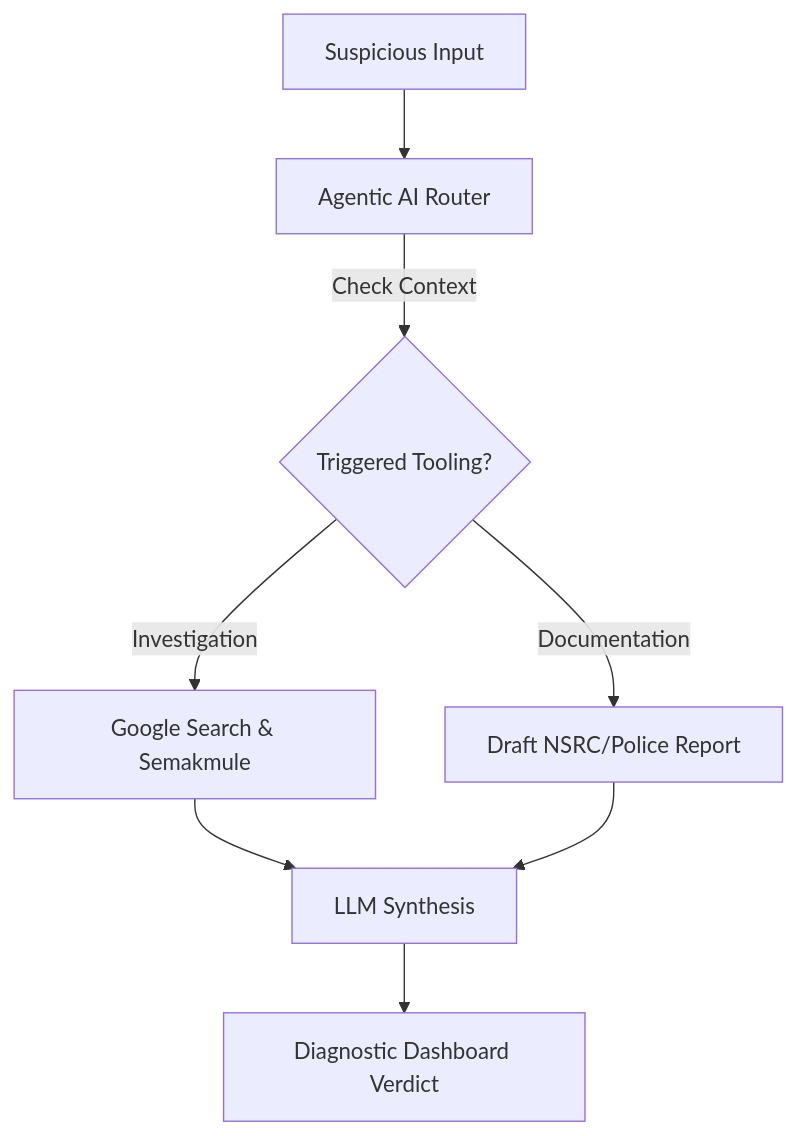
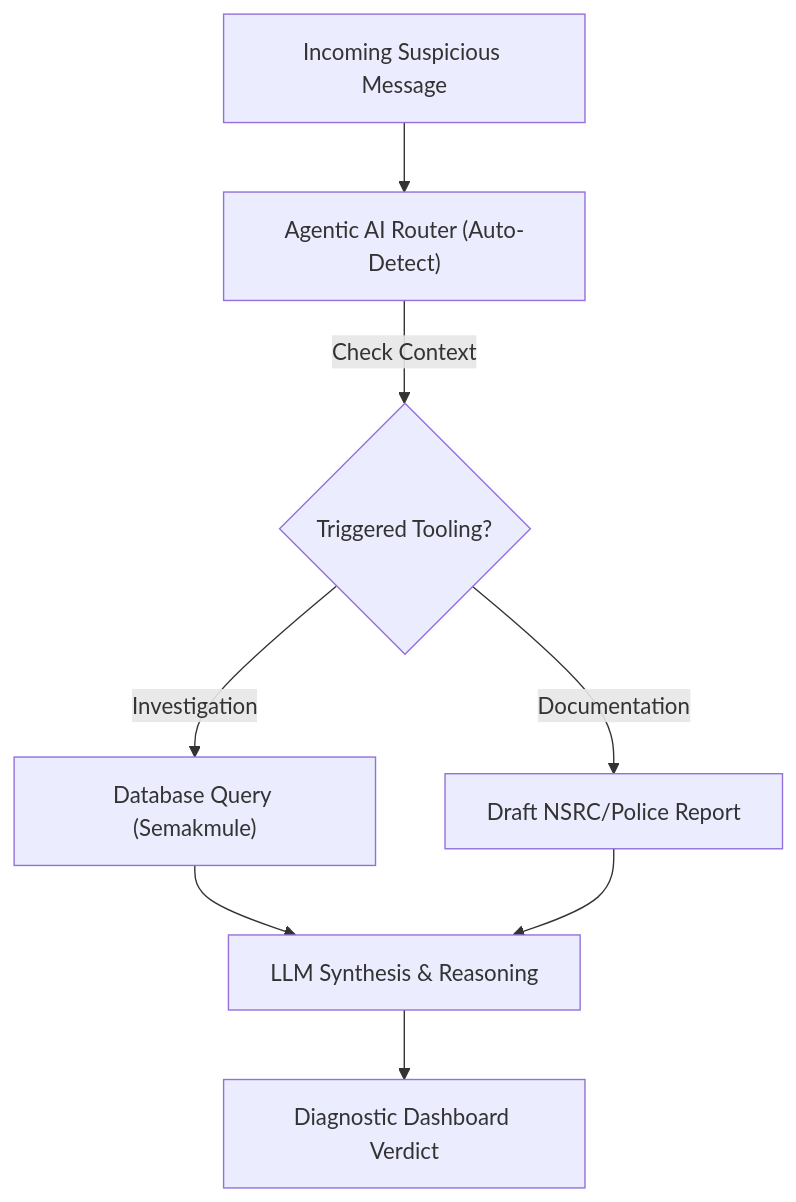
Before and after one commit to Anonys-sky/SoloFraud: the diagram in README.md, drawn with Mermaid. The commit also changed other lines of this file and 1 other file, not shown here.

````diff
--- a/README.md
+++ b/README.md
@@ -36,10 +36,10 @@
 ```mermaid
 graph TD
-    Input["Suspicious Input"] --> Router["Agentic AI Router"]
+    Input["Incoming Suspicious Message"] --> Router["Agentic AI Router (Auto-Detect)"]
     Router -->|Check Context| IQ{Triggered Tooling?}
-    IQ -->|Investigation| Tools["Google Search & Semakmule"]
+    IQ -->|Investigation| Tools["Database Query (Semakmule)"]
     IQ -->|Documentation| Report["Draft NSRC/Police Report"]
-    Tools --> Final["LLM Synthesis"]
+    Tools --> Final["LLM Synthesis & Reasoning"]
     Report --> Final
     Final --> UI["Diagnostic Dashboard Verdict"]
 ```
````
